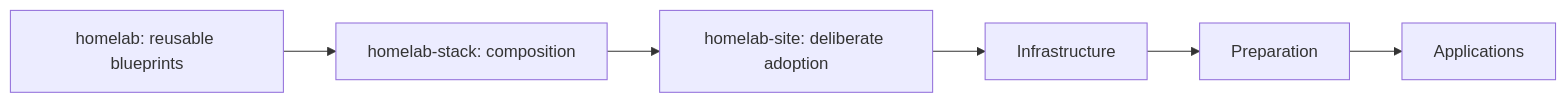
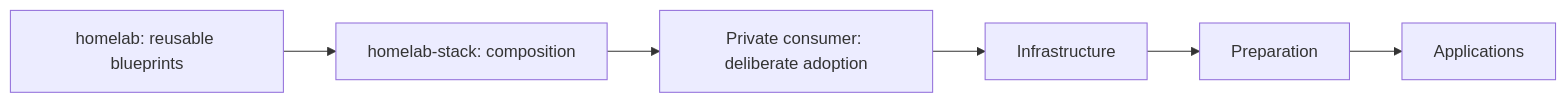
Before and after one commit to theaussiepom/homelab: the diagram in README.md, drawn with Mermaid. The commit also changed other lines of this file and 40 other files, not shown here.

````diff
--- a/README.md
+++ b/README.md
@@ -15,8 +15,8 @@
 ```mermaid
 flowchart LR
   framework[homelab: reusable blueprints] --> stack[homelab-stack: composition]
-  stack --> site[homelab-site: deliberate adoption]
+  stack --> site[Private consumer: deliberate adoption]
   site --> infra[Infrastructure]
   infra --> prep[Preparation]
   prep --> apps[Applications]
 ```
````
